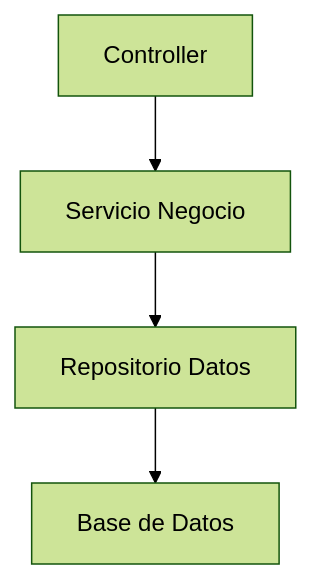
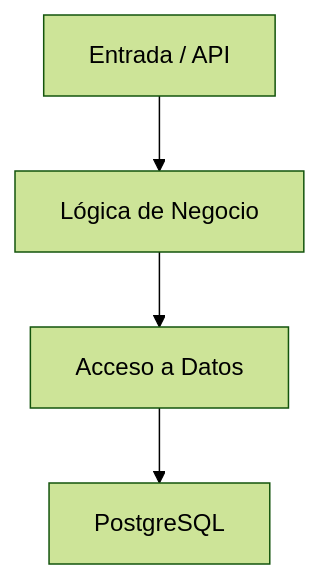
One commit to chirijose79-ui/Chiri changed the first of 2 diagrams in docs/090_GuiaProgramacion.md. Above: the diagram before and after it, drawn with Mermaid (forest theme). The commit also changed other lines of this file, not shown here.

````diff
--- a/docs/090_GuiaProgramacion.md
+++ b/docs/090_GuiaProgramacion.md
@@ -120,11 +99,12 @@
 ```mermaid
 flowchart TD
-    Controller --> Service
-    Service --> Repository
-    Repository --> BaseDatos
 
-    Controller["Controller"]
-    Service["Servicio Negocio"]
-    Repository["Repositorio Datos"]
-    BaseDatos["Base de Datos"]
+    Entrada --> Negocio
+    Negocio --> Datos
+    Datos --> BaseDatos
+
+    Entrada["Entrada / API"]
+    Negocio["Lógica de Negocio"]
+    Datos["Acceso a Datos"]
+    BaseDatos["PostgreSQL"]
 ```
````
